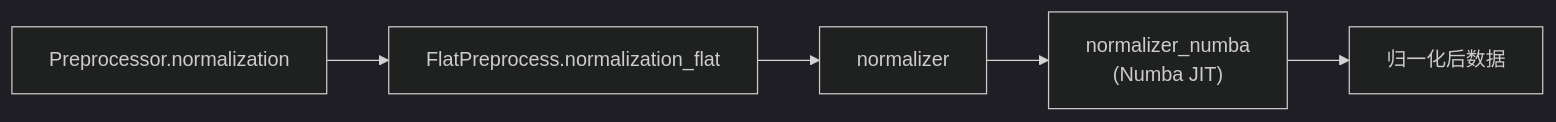
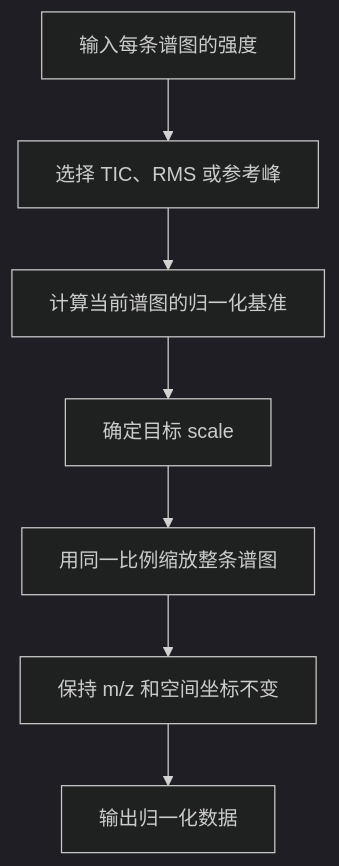
The diagram in docs/zh/normalization.md (NeoNexusX/MassFlow), drawn with Mermaid (dark theme) before and after one commit. The commit also changed other lines of this file and 15 other files, not shown here.

````diff
--- a/docs/zh/normalization.md
+++ b/docs/zh/normalization.md
@@ -20,7 +90,9 @@
 ```mermaid
-graph LR
-  A["Preprocessor.normalization"] --> B["FlatPreprocess.normalization_flat"]
-  B --> C["normalizer"]
-  C --> D["normalizer_numba<br/>(Numba JIT)"]
-  D --> E["归一化后数据"]
+graph TD
+  A["输入每条谱图的强度"] --> B["选择 TIC、RMS 或参考峰"]
+  B --> C["计算当前谱图的归一化基准"]
+  C --> D["确定目标 scale"]
+  D --> E["用同一比例缩放整条谱图"]
+  E --> F["保持 m/z 和空间坐标不变"]
+  F --> G["输出归一化数据"]
 ```
````
